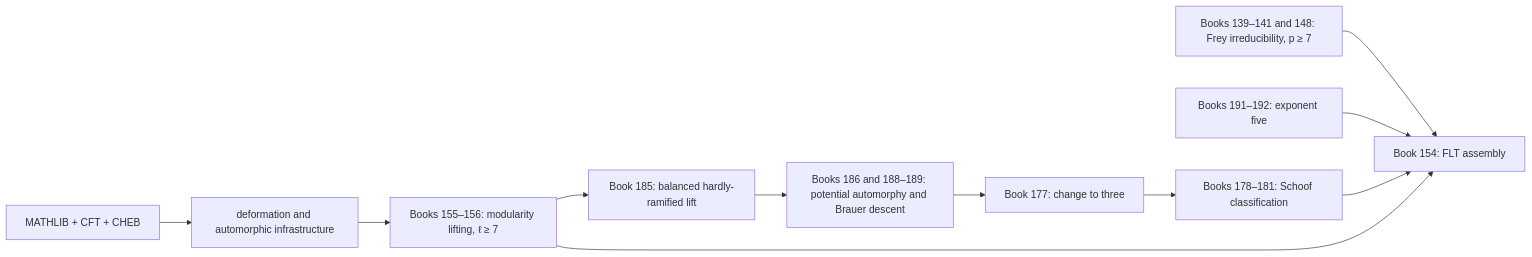
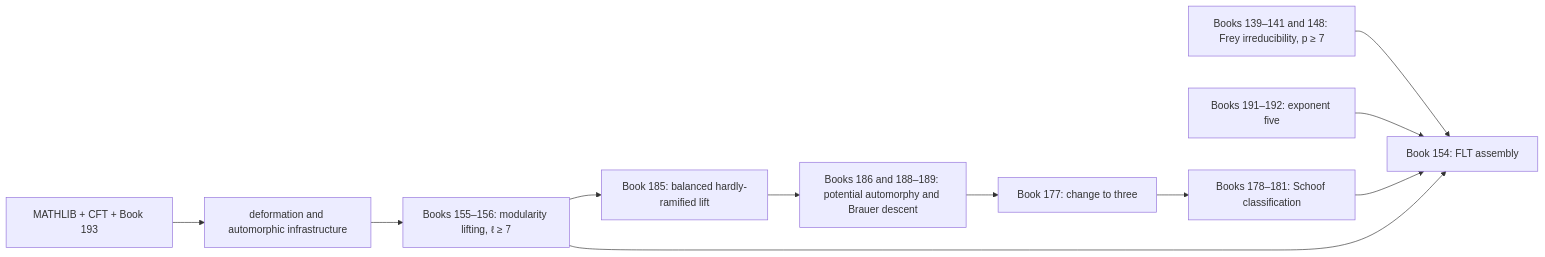
One commit to phulin/LastLib changed the diagram in BOOK_DEPENDENCIES.md. Above: the diagram before and after it, drawn with Mermaid. The commit also changed other lines of this file and 4 other files, not shown here.

````diff
--- a/BOOK_DEPENDENCIES.md
+++ b/BOOK_DEPENDENCIES.md
@@ -20,13 +19,13 @@
 ```mermaid
 flowchart LR
-    U["MATHLIB + CFT + CHEB"] --> D["deformation and automorphic infrastructure"]
+    U["MATHLIB + CFT + Book 193"] --> D["deformation and automorphic infrastructure"]
     D --> ML["Books 155–156: modularity lifting, ℓ ≥ 7"]
     ML --> L["Book 185: balanced hardly-ramified lift"]
     L --> PM["Books 186 and 188–189: potential automorphy and Brauer descent"]
     PM --> P3["Book 177: change to three"]
     P3 --> S["Books 178–181: Schoof classification"]
     I["Books 139–141 and 148: Frey irreducibility, p ≥ 7"] --> F["Book 154: FLT assembly"]
     P5["Books 191–192: exponent five"] --> F
     S --> F
     ML --> F
 ```
````
